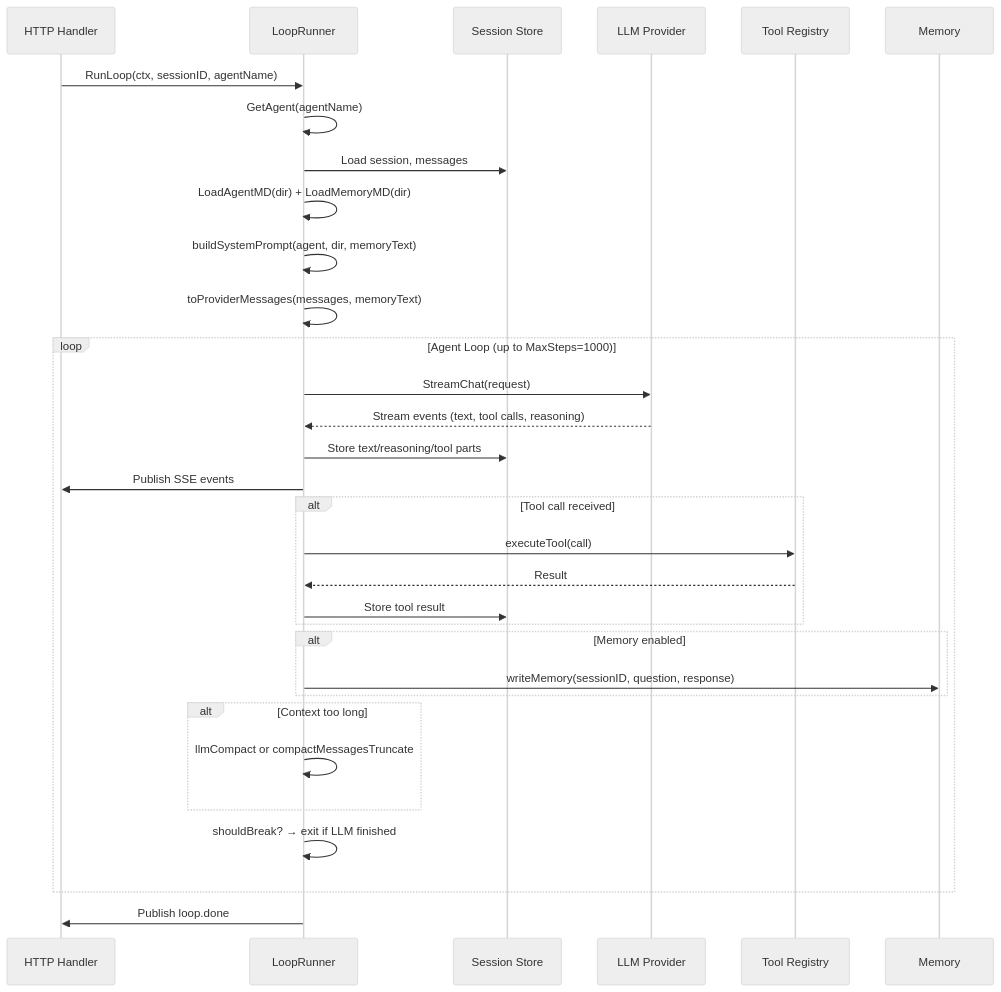
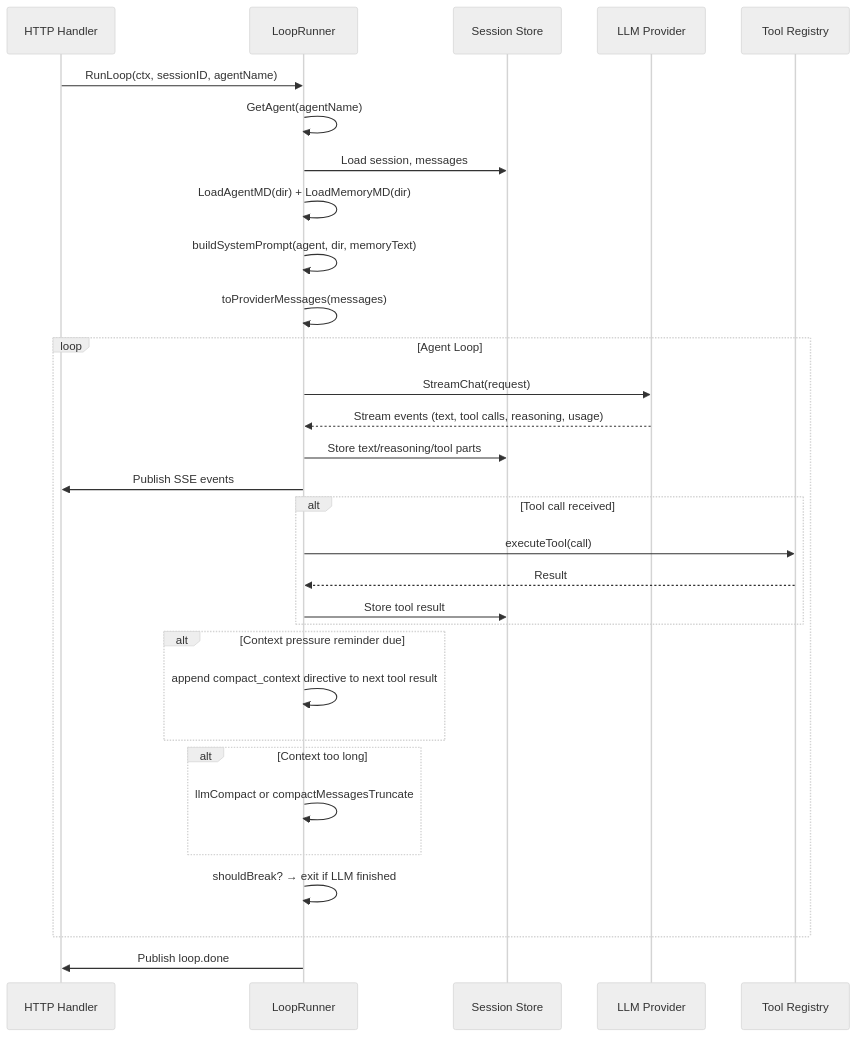
Before and after one commit to prasenjeet-symon/ogcode: the second of 5 diagrams in docs/OUTLINE.md, drawn with Mermaid (neutral theme). The commit also changed other lines of this file and 133 other files, not shown here.

````diff
--- a/docs/OUTLINE.md
+++ b/docs/OUTLINE.md
@@ -92,35 +170,34 @@
 ```mermaid
 sequenceDiagram
     participant H as HTTP Handler
     participant LR as LoopRunner
     participant DB as Session Store
     participant LLM as LLM Provider
     participant T as Tool Registry
-    participant MEM as Memory
 
     H->>LR: RunLoop(ctx, sessionID, agentName)
     LR->>LR: GetAgent(agentName)
     LR->>DB: Load session, messages
     LR->>LR: LoadAgentMD(dir) + LoadMemoryMD(dir)
     LR->>LR: buildSystemPrompt(agent, dir, memoryText)
-    LR->>LR: toProviderMessages(messages, memoryText)
-    loop Agent Loop (up to MaxSteps=1000)
+    LR->>LR: toProviderMessages(messages)
+    loop Agent Loop
         LR->>LLM: StreamChat(request)
-        LLM-->>LR: Stream events (text, tool calls, reasoning)
+        LLM-->>LR: Stream events (text, tool calls, reasoning, usage)
         LR->>DB: Store text/reasoning/tool parts
         LR->>H: Publish SSE events
         alt Tool call received
             LR->>T: executeTool(call)
             T-->>LR: Result
             LR->>DB: Store tool result
         end
-        alt Memory enabled
-            LR->>MEM: writeMemory(sessionID, question, response)
+        alt Context pressure reminder due
+            LR->>LR: append compact_context directive to next tool result
         end
         alt Context too long
             LR->>LR: llmCompact or compactMessagesTruncate
         end
         LR->>LR: shouldBreak? → exit if LLM finished
     end
     LR->>H: Publish loop.done
 ```
````
